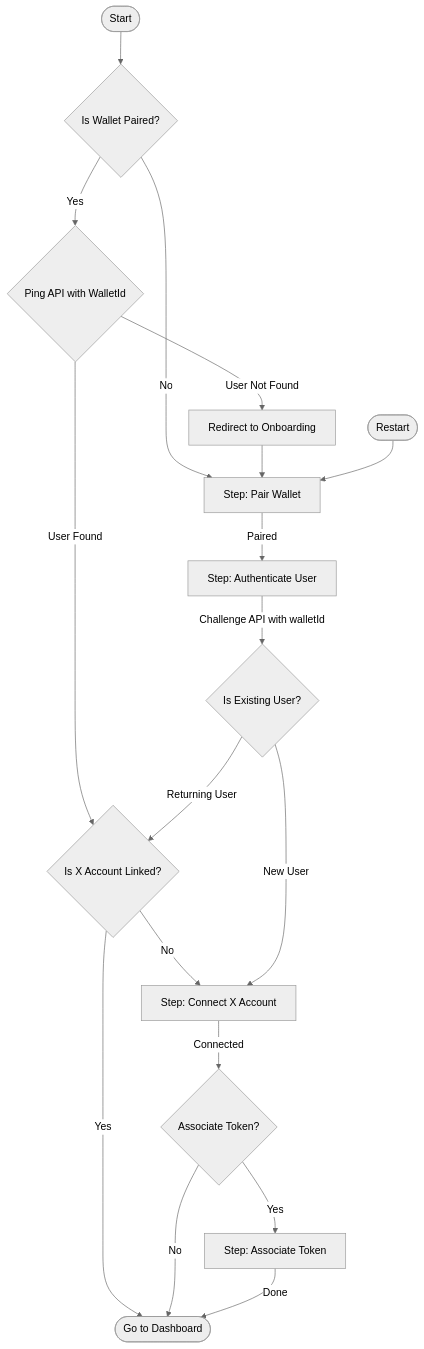
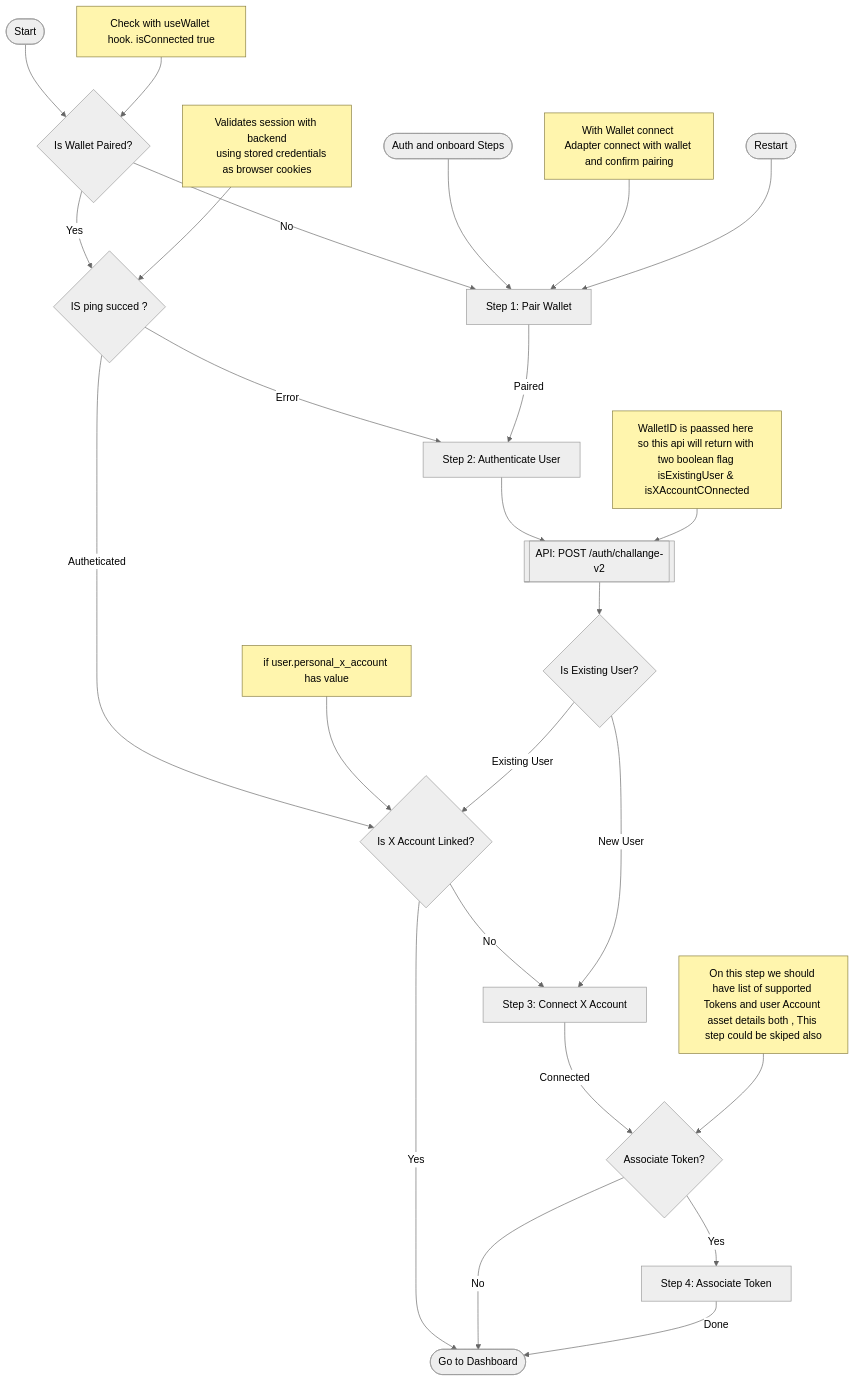
Before and after one commit to ashh20x/hashbuzz-unified: the first of 3 diagrams in src/Ver2Designs/Pages/AuthAndOnboard/AuthFlow.md, drawn with Mermaid (neutral theme). The commit also changed other lines of this file, not shown here.

Commit message:
feat: enhance authentication flow with detailed steps and error handling

````diff
--- a/src/Ver2Designs/Pages/AuthAndOnboard/AuthFlow.md
+++ b/src/Ver2Designs/Pages/AuthAndOnboard/AuthFlow.md
@@ -5,35 +5,61 @@
 ```mermaid
 flowchart TD
     Start([Start]) --> CheckWalletPaired{Is Wallet Paired?}
 
     %% Returning User Flow
-    CheckWalletPaired -- Yes --> SendPing{Ping API with WalletId}
+    CheckWalletPaired -- Yes --> SendPing{IS ping succed ? }
     CheckWalletPaired -->|No| WalletPairing
 
-    SendPing -->|User Found| CheckXAccountLinked{Is X Account Linked?}
-    SendPing -->|User Not Found| NewUserOnboarding
+    %% Notes for Initial Check
+    note1[Check with useWallet hook. isConnected true ] --> CheckWalletPaired
+
+    SendPing -->| Autheticated | CheckXAccountLinked{Is X Account Linked?}
+    SendPing -->| Error | AuthenticateUser
+
+    %% Notes for Ping
+    note2[Validates session with backend
+    using stored credentials as browser cookies] --> SendPing
 
     CheckXAccountLinked -->|Yes| GoToDashboard([Go to Dashboard])
     CheckXAccountLinked -->|No| XAccountConnection
 
+    note7[if user.personal_x_account has value ] --> CheckXAccountLinked
+
     %% New User Flow
-    NewUserOnboarding[Redirect to Onboarding] --> WalletPairing
+    NewUserOnboarding([Auth and onboard Steps ]) --> WalletPairing
 
-    WalletPairing[Step: Pair Wallet]
+    WalletPairing[Step 1: Pair Wallet]
     WalletPairing -->|Paired| AuthenticateUser
-    AuthenticateUser[Step: Authenticate User]
-    AuthenticateUser -->|Challenge API with walletId| CheckUserExistence{Is Existing User?}
+    
+    %% Notes for Wallet Pairing
+    note3[ With Wallet connect Adapter connect with wallet and confirm pairing ] --> WalletPairing
+    
+    AuthenticateUser[Step 2: Authenticate User]
+    AuthenticateUser --> ChallengeAPICall[[API: POST /auth/challange-v2]]
+    ChallengeAPICall --> CheckUserExistence{Is Existing User?}
+
+    note8[ WalletID is paassed here so this api will return with two boolean flag isExistingUser & isXAccountCOnnected ] --> ChallengeAPICall
+
 
     CheckUserExistence -->|New User| XAccountConnection
-    CheckUserExistence -->|Returning User| CheckXAccountLinked
+    CheckUserExistence -->|Existing User| CheckXAccountLinked
 
-    XAccountConnection[Step: Connect X Account]
+    XAccountConnection[Step 3: Connect X Account]
     XAccountConnection -->|Connected| TokenAssociationPrompt{Associate Token?}
-    
-    TokenAssociationPrompt -->|Yes| TokenAssociation[Step: Associate Token]
+
+    %% Notes for Token Association
+    note6[ On this step we should have list of supported Tokens and user Account asset details both , This step could be skiped also ] --> TokenAssociationPrompt
+
+    TokenAssociationPrompt -->|Yes| TokenAssociation[Step 4: Associate Token]
     TokenAssociationPrompt -->|No| GoToDashboard
     TokenAssociation -->|Done| GoToDashboard
 
+ 
+
     %% Redirect from failed returning user validation
     Restart([Restart]) --> WalletPairing
+
+    %% Styling
+    classDef note fill:#fff5ad,stroke:#867c3c,stroke-width:1px
+    class note1,note2,note3,note4,note5,note6,note7,note8, note
 ```
````
